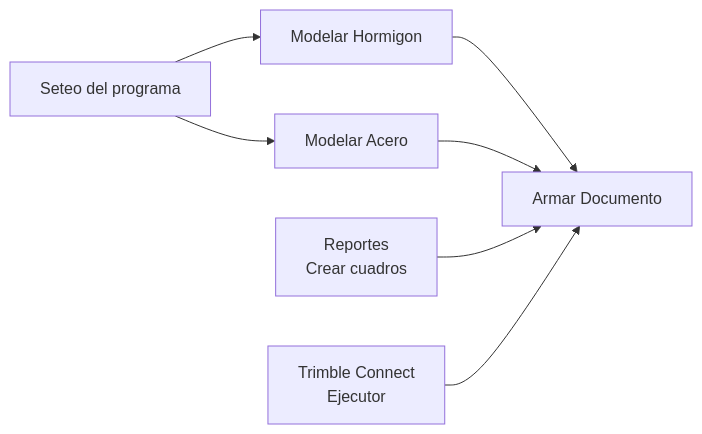
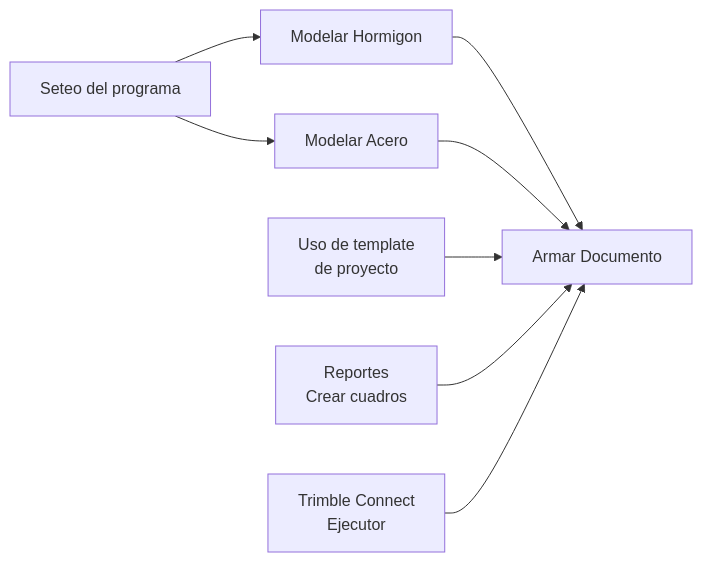
One commit to agustdiez/tekla-structures-hyt changed the first of 4 diagrams in docs/index.md. Above: the diagram before and after it, drawn with Mermaid. The commit also changed other lines of this file and 2 other files, not shown here.

````diff
--- a/docs/index.md
+++ b/docs/index.md
@@ -29,15 +29,17 @@
 ```mermaid
 graph LR
     A[Seteo del programa] --> B[Modelar Hormigon]
     A --> C[Modelar Acero]
     B --> D[Armar Documento]
     C --> D
+    G[Uso de template \n de proyecto] --> D
     E[Reportes \n Crear cuadros] --> D
     F[Trimble Connect\n Ejecutor] --> D
     click A href "./setup/index.html"
     click B href "./hormigon/index.html"
     click C href "./acero/index.html"
     click D href "./dibujo/index.html"
     click E href "./reportes/ejemplos_cuadros.html"
     click F href "./connect/connect-ejecutor.html"
+    click G href "./proyecto_nuevo/uso_template.html"
 ```
````
